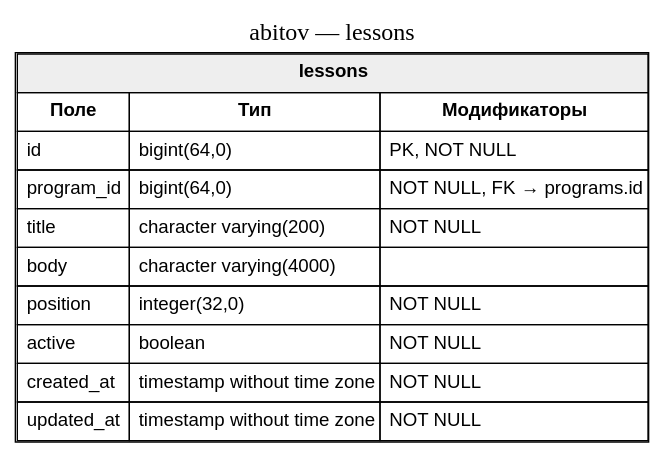
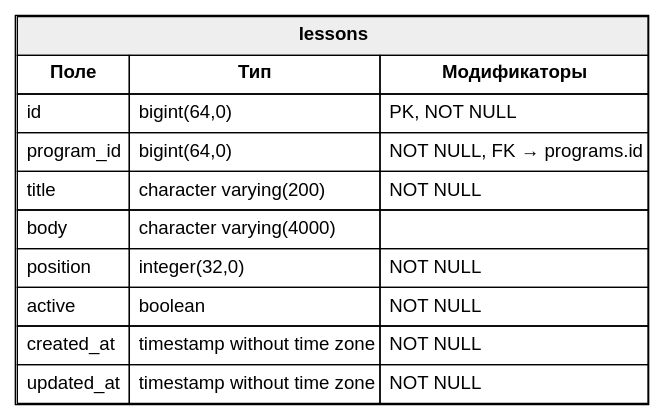
Before and after one commit to diplomas-2026/abitov: the diagram in database-screenshots/dot/tables/lessons.dot, drawn with Graphviz. The commit also changed 23 other files, not shown here.

Commit message:
Add database schema screenshots

```diff
--- a/database-screenshots/dot/tables/lessons.dot
+++ b/database-screenshots/dot/tables/lessons.dot
@@ -1,7 +1,5 @@
 digraph single_table {
   graph [rankdir=TB, fontsize=18];
   node [shape=plain, fontname="Arial"];
-  label="abitov — lessons";
-  labelloc=t;
   "lessons" [label=<<TABLE BORDER="1" CELLBORDER="1" CELLSPACING="0" CELLPADDING="6"><TR><TD BGCOLOR="#eeeeee" COLSPAN="3"><B>lessons</B></TD></TR><TR><TD><B>Поле</B></TD><TD><B>Тип</B></TD><TD><B>Модификаторы</B></TD></TR><TR><TD ALIGN="LEFT">id</TD><TD ALIGN="LEFT">bigint(64,0)</TD><TD ALIGN="LEFT">PK, NOT NULL</TD></TR><TR><TD ALIGN="LEFT">program_id</TD><TD ALIGN="LEFT">bigint(64,0)</TD><TD ALIGN="LEFT">NOT NULL, FK → programs.id</TD></TR><TR><TD ALIGN="LEFT">title</TD><TD ALIGN="LEFT">character varying(200)</TD><TD ALIGN="LEFT">NOT NULL</TD></TR><TR><TD ALIGN="LEFT">body</TD><TD ALIGN="LEFT">character varying(4000)</TD><TD ALIGN="LEFT"></TD></TR><TR><TD ALIGN="LEFT">position</TD><TD ALIGN="LEFT">integer(32,0)</TD><TD ALIGN="LEFT">NOT NULL</TD></TR><TR><TD ALIGN="LEFT">active</TD><TD ALIGN="LEFT">boolean</TD><TD ALIGN="LEFT">NOT NULL</TD></TR><TR><TD ALIGN="LEFT">created_at</TD><TD ALIGN="LEFT">timestamp without time zone</TD><TD ALIGN="LEFT">NOT NULL</TD></TR><TR><TD ALIGN="LEFT">updated_at</TD><TD ALIGN="LEFT">timestamp without time zone</TD><TD ALIGN="LEFT">NOT NULL</TD></TR></TABLE>>];
 }
```
